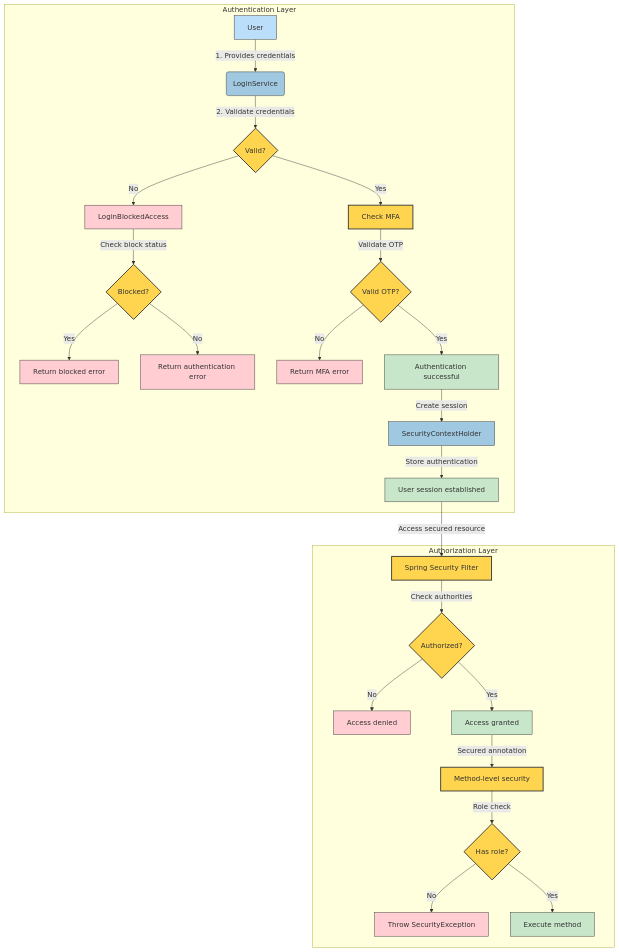
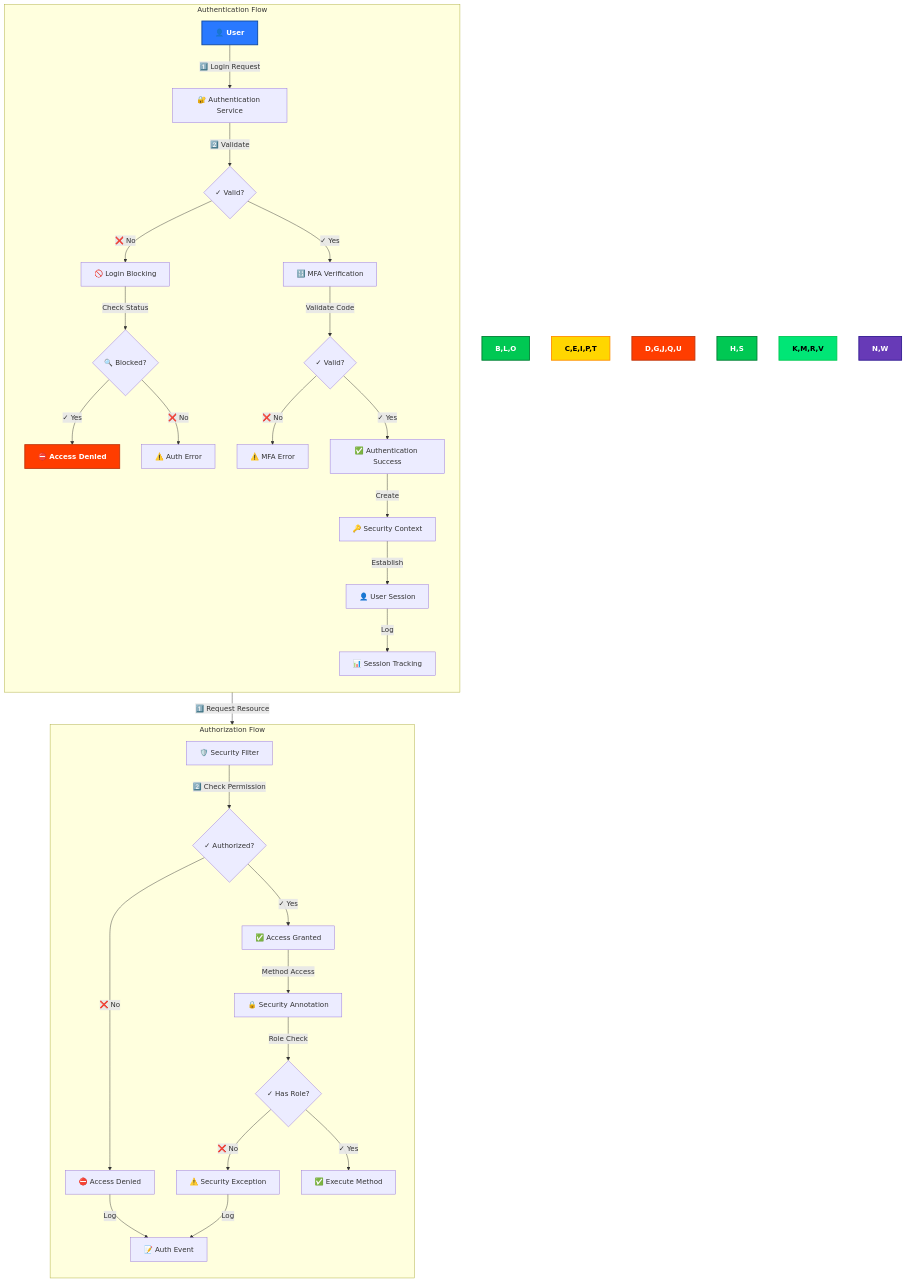
Before and after one commit to Hack23/cia: the first of 15 diagrams in SECURITY_ARCHITECTURE.md, drawn with Mermaid. The commit also changed other lines of this file, not shown here.

````diff
--- a/SECURITY_ARCHITECTURE.md
+++ b/SECURITY_ARCHITECTURE.md
@@ -39,52 +42,46 @@
 ```mermaid
 flowchart TD
-    subgraph "Authentication Layer"
-        A[User] -->|1. Provides credentials| B(LoginService)
-        B -->|2. Validate credentials| C{Valid?}
-        C -->|No| D[LoginBlockedAccess]
-        D -->|Check block status| E{Blocked?}
-        E -->|Yes| F[Return blocked error]
-        E -->|No| G[Return authentication error]
-        C -->|Yes| H[Check MFA]
-        H -->|Validate OTP| I{Valid OTP?}
-        I -->|No| J[Return MFA error]
-        I -->|Yes| K[Authentication successful]
+    subgraph "Authentication Flow"
+        direction TB
+        A[👤 User] -->|"1️⃣ Login Request"| B[🔐 Authentication Service]
+        B -->|"2️⃣ Validate"| C{✓ Valid?}
         
-        K -->|Create session| L[SecurityContextHolder]
-        L -->|Store authentication| M[User session established]
+        C -->|"❌ No"| D[🚫 Login Blocking]
+        D -->|"Check Status"| E{🔍 Blocked?}
+        E -->|"✓ Yes"| F[⛔ Access Denied]
+        E -->|"❌ No"| G[⚠️ Auth Error]
+        
+        C -->|"✓ Yes"| H[🔢 MFA Verification]
+        H -->|"Validate Code"| I{✓ Valid?}
+        I -->|"❌ No"| J[⚠️ MFA Error]
+        I -->|"✓ Yes"| K[✅ Authentication Success]
+        
+        K -->|"Create"| L[🔑 Security Context]
+        L -->|"Establish"| M[👤 User Session]
+        M -->|"Log"| N[📊 Session Tracking]
     end
 
-    subgraph "Authorization Layer"
-        M -->|Access secured resource| N[Spring Security Filter]
-        N -->|Check authorities| O{Authorized?}
-        O -->|No| P[Access denied]
-        O -->|Yes| Q[Access granted]
+    subgraph "Authorization Flow"
+        direction TB
+        M -->|"1️⃣ Request Resource"| O[🛡️ Security Filter]
+        O -->|"2️⃣ Check Permission"| P{✓ Authorized?}
+        P -->|"❌ No"| Q[⛔ Access Denied]
+        P -->|"✓ Yes"| R[✅ Access Granted]
         
-        Q -->|Secured annotation| R[Method-level security]
-        R -->|Role check| S{Has role?}
-        S -->|No| T[Throw SecurityException]
-        S -->|Yes| U[Execute method]
+        R -->|"Method Access"| S[🔒 Security Annotation]
+        S -->|"Role Check"| T{✓ Has Role?}
+        T -->|"❌ No"| U[⚠️ Security Exception]
+        T -->|"✓ Yes"| V[✅ Execute Method]
+        
+        Q & U -->|"Log"| W[📝 Auth Event]
     end
     
-    style A fill:#bbdefb,stroke:#333,stroke-width:1px
-    style B fill:#a0c8e0,stroke:#333,stroke-width:1px
-    style C fill:#ffd54f,stroke:#333,stroke-width:2px
-    style D fill:#ffcdd2,stroke:#333,stroke-width:1px
-    style E fill:#ffd54f,stroke:#333,stroke-width:2px
-    style F fill:#ffcdd2,stroke:#333,stroke-width:1px
-    style G fill:#ffcdd2,stroke:#333,stroke-width:1px
-    style H fill:#ffd54f,stroke:#333,stroke-width:2px
-    style I fill:#ffd54f,stroke:#333,stroke-width:2px
-    style J fill:#ffcdd2,stroke:#333,stroke-width:1px
-    style K fill:#c8e6c9,stroke:#333,stroke-width:1px
-    style L fill:#a0c8e0,stroke:#333,stroke-width:1px
-    style M fill:#c8e6c9,stroke:#333,stroke-width:1px
-    style N fill:#ffd54f,stroke:#333,stroke-width:2px
-    style O fill:#ffd54f,stroke:#333,stroke-width:2px
-    style P fill:#ffcdd2,stroke:#333,stroke-width:1px
-    style Q fill:#c8e6c9,stroke:#333,stroke-width:1px
-    style R fill:#ffd54f,stroke:#333,stroke-width:2px
-    style S fill:#ffd54f,stroke:#333,stroke-width:2px
-    style T fill:#ffcdd2,stroke:#333,stroke-width:1px
-    style U fill:#c8e6c9,stroke:#333,stroke-width:1px
+    style A fill:#2979FF,stroke:#0D47A1,stroke-width:2px,color:white,font-weight:bold
+    style B,L,O fill:#00C853,stroke:#007E33,stroke-width:2px,color:white,font-weight:bold
+    style C,E,I,P,T fill:#FFD600,stroke:#FF8F00,stroke-width:2px,color:black,font-weight:bold
+    style D,G,J,Q,U fill:#FF3D00,stroke:#BF360C,stroke-width:2px,color:white,font-weight:bold
+    style F fill:#FF3D00,stroke:#BF360C,stroke-width:2px,color:white,font-weight:bold
+    style H,S fill:#00C853,stroke:#007E33,stroke-width:2px,color:white,font-weight:bold
+    style K,M,R,V fill:#00E676,stroke:#00C853,stroke-width:2px,color:black,font-weight:bold
+    style N,W fill:#673AB7,stroke:#311B92,stroke-width:2px,color:white,font-weight:bold
 ```
````
